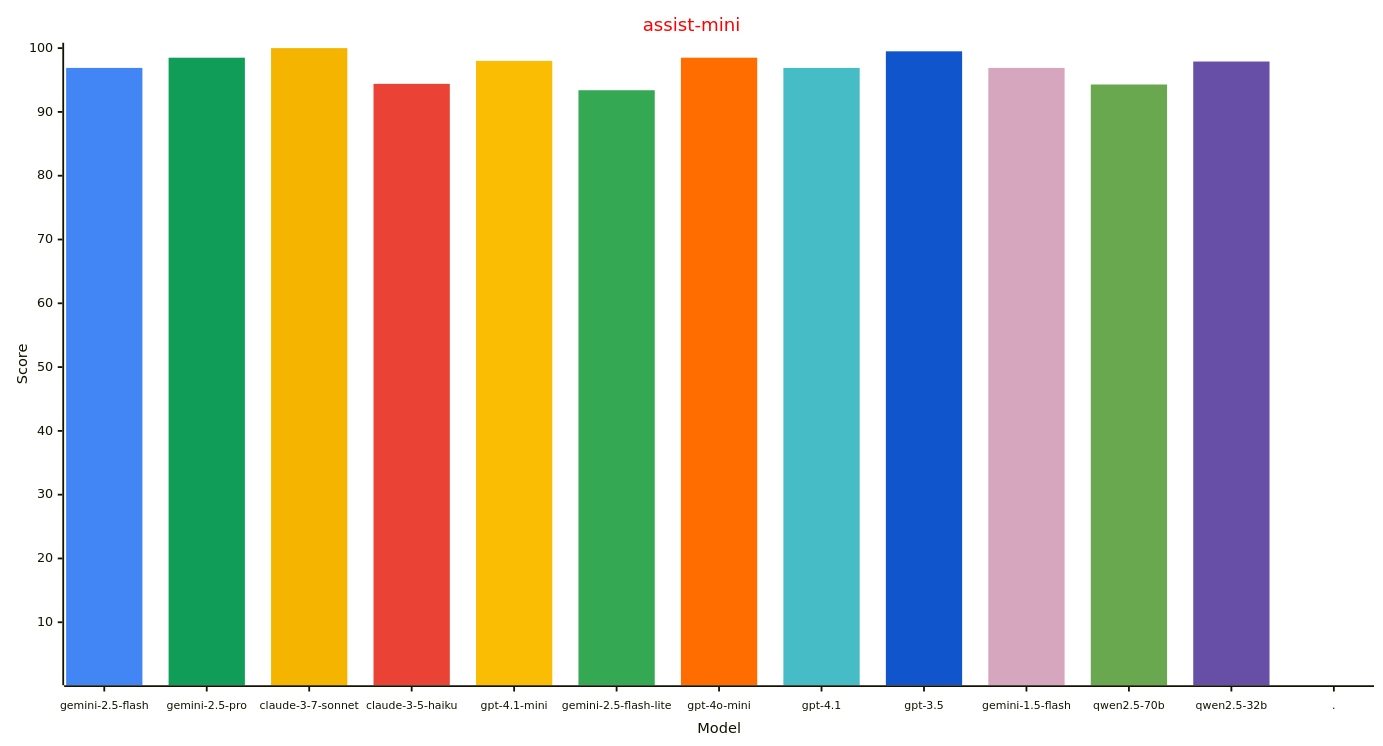
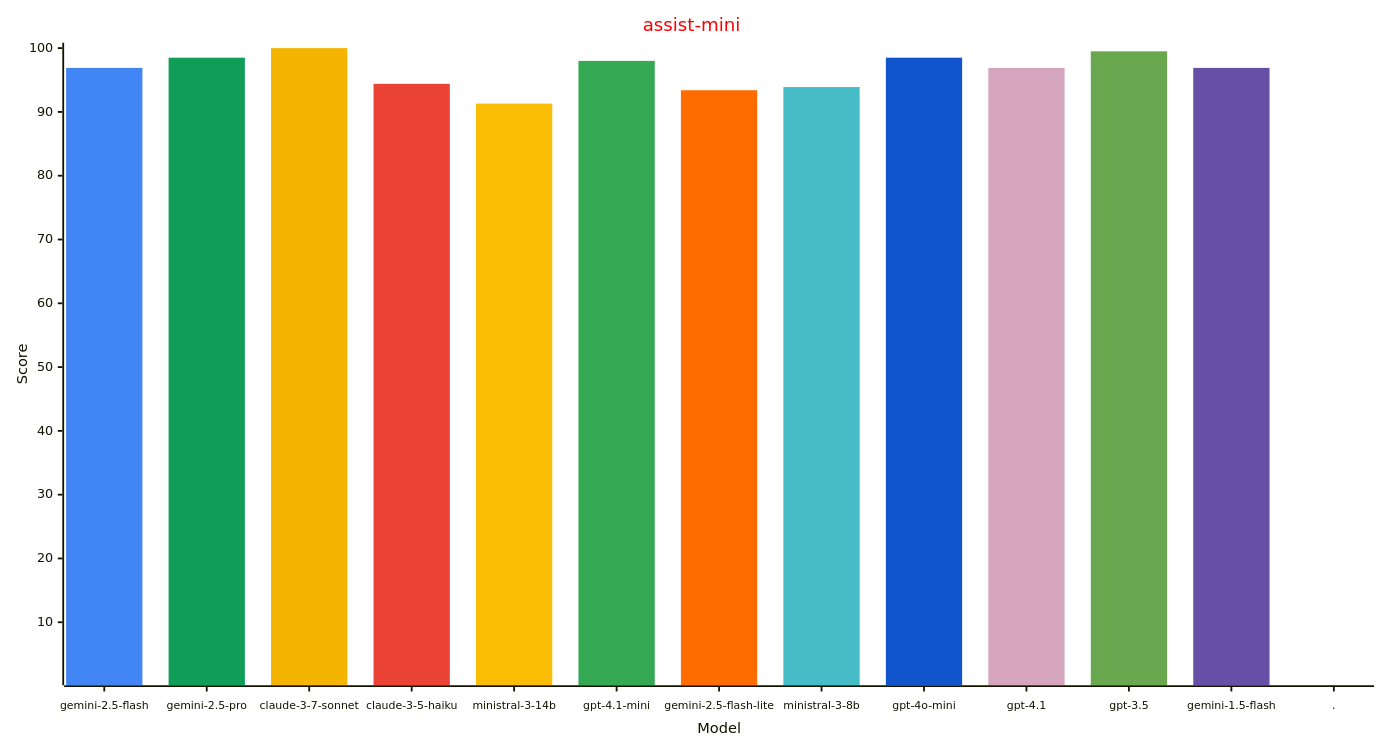
Before and after one commit to allenporter/home-assistant-datasets: the second of 4 diagrams in reports/README.md, drawn with Mermaid. The commit also changed other lines of this file and 4246 other files, not shown here.

Commit message:
Add test results for Ministral family and Qwen3-4b-Instruct

````diff
--- a/reports/README.md
+++ b/reports/README.md
@@ -111,33 +125,34 @@
 ```mermaid
 ---
 config:
     xyChart:
         width: 1500
         height: 800
         xAxis:
           labelFontSize: 12
           labelPadding: 8
     themeVariables:
         xyChart:
             titleColor: "#ff0000"
             plotColorPalette: "#4285f4, #0f9d58, #f4b400, #ea4335, #fbbc04, #34a853, #ff6d01, #46bdc6, #1155cc, #d5a6bd, #6aa84f, #674ea7, #4285f4"
 
+
 ---
 xychart-beta
   title "assist-mini"
-  x-axis "Model" [gemini-2.5-flash, gemini-2.5-pro, claude-3-7-sonnet, claude-3-5-haiku, gpt-4.1-mini, gemini-2.5-flash-lite, gpt-4o-mini, gpt-4.1, gpt-3.5, gemini-1.5-flash, qwen2.5-70b, qwen2.5-32b, .]
+  x-axis "Model" [gemini-2.5-flash, gemini-2.5-pro, claude-3-7-sonnet, claude-3-5-haiku, ministral-3-14b, gpt-4.1-mini, gemini-2.5-flash-lite, ministral-3-8b, gpt-4o-mini, gpt-4.1, gpt-3.5, gemini-1.5-flash, .]
   y-axis "Score" 1 --> 100
   bar [96.9, 0.0, 0.0, 0.0, 0.0, 0.0, 0.0, 0.0, 0.0, 0.0, 0.0, 0.0, 0.0]
   bar [0.0, 98.5, 0.0, 0.0, 0.0, 0.0, 0.0, 0.0, 0.0, 0.0, 0.0, 0.0, 0.0]
   bar [0.0, 0.0, 100.0, 0.0, 0.0, 0.0, 0.0, 0.0, 0.0, 0.0, 0.0, 0.0, 0.0]
   bar [0.0, 0.0, 0.0, 94.4, 0.0, 0.0, 0.0, 0.0, 0.0, 0.0, 0.0, 0.0, 0.0]
-  bar [0.0, 0.0, 0.0, 0.0, 98.0, 0.0, 0.0, 0.0, 0.0, 0.0, 0.0, 0.0, 0.0]
-  bar [0.0, 0.0, 0.0, 0.0, 0.0, 93.4, 0.0, 0.0, 0.0, 0.0, 0.0, 0.0, 0.0]
-  bar [0.0, 0.0, 0.0, 0.0, 0.0, 0.0, 98.5, 0.0, 0.0, 0.0, 0.0, 0.0, 0.0]
-  bar [0.0, 0.0, 0.0, 0.0, 0.0, 0.0, 0.0, 96.9, 0.0, 0.0, 0.0, 0.0, 0.0]
-  bar [0.0, 0.0, 0.0, 0.0, 0.0, 0.0, 0.0, 0.0, 99.5, 0.0, 0.0, 0.0, 0.0]
+  bar [0.0, 0.0, 0.0, 0.0, 91.3, 0.0, 0.0, 0.0, 0.0, 0.0, 0.0, 0.0, 0.0]
+  bar [0.0, 0.0, 0.0, 0.0, 0.0, 98.0, 0.0, 0.0, 0.0, 0.0, 0.0, 0.0, 0.0]
+  bar [0.0, 0.0, 0.0, 0.0, 0.0, 0.0, 93.4, 0.0, 0.0, 0.0, 0.0, 0.0, 0.0]
+  bar [0.0, 0.0, 0.0, 0.0, 0.0, 0.0, 0.0, 93.9, 0.0, 0.0, 0.0, 0.0, 0.0]
+  bar [0.0, 0.0, 0.0, 0.0, 0.0, 0.0, 0.0, 0.0, 98.5, 0.0, 0.0, 0.0, 0.0]
   bar [0.0, 0.0, 0.0, 0.0, 0.0, 0.0, 0.0, 0.0, 0.0, 96.9, 0.0, 0.0, 0.0]
-  bar [0.0, 0.0, 0.0, 0.0, 0.0, 0.0, 0.0, 0.0, 0.0, 0.0, 94.3, 0.0, 0.0]
-  bar [0.0, 0.0, 0.0, 0.0, 0.0, 0.0, 0.0, 0.0, 0.0, 0.0, 0.0, 97.9, 0.0]
+  bar [0.0, 0.0, 0.0, 0.0, 0.0, 0.0, 0.0, 0.0, 0.0, 0.0, 99.5, 0.0, 0.0]
+  bar [0.0, 0.0, 0.0, 0.0, 0.0, 0.0, 0.0, 0.0, 0.0, 0.0, 0.0, 96.9, 0.0]
   bar [0.0, 0.0, 0.0, 0.0, 0.0, 0.0, 0.0, 0.0, 0.0, 0.0, 0.0, 0.0, -1.0]
 ```
````
